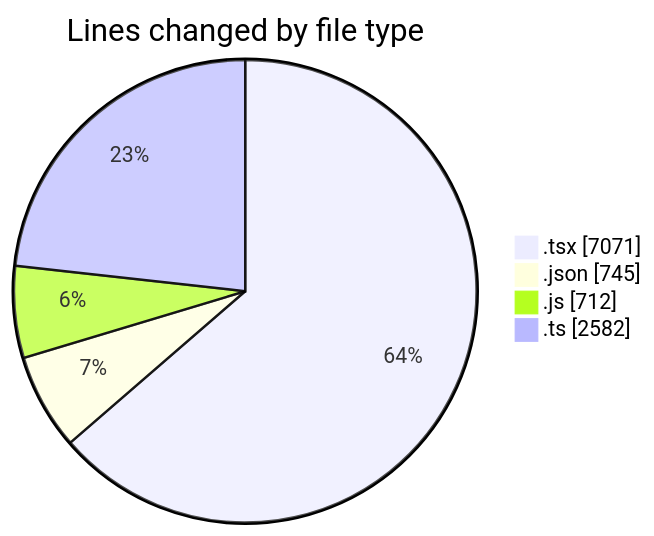
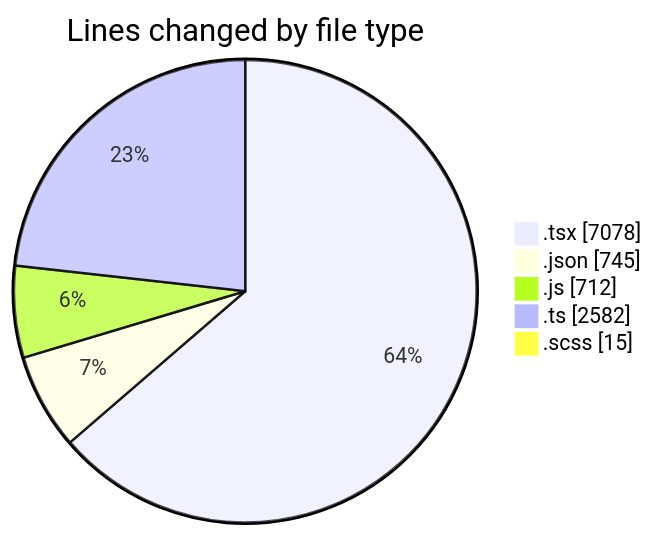
One commit to momahboobian/code-tracking changed the first of 2 diagrams in 2026-08-07/cda/README.md. Above: the diagram before and after it, drawn with Mermaid. The commit also changed other lines of this file and 1 other file, not shown here.

````diff
--- a/2026-08-07/cda/README.md
+++ b/2026-08-07/cda/README.md
@@ -34,8 +35,9 @@
 ```mermaid
 pie showData
 title Lines changed by file type
-".tsx" : 7071
+".tsx" : 7078
 ".json" : 745
 ".js" : 712
 ".ts" : 2582
+".scss" : 15
 ```
````
